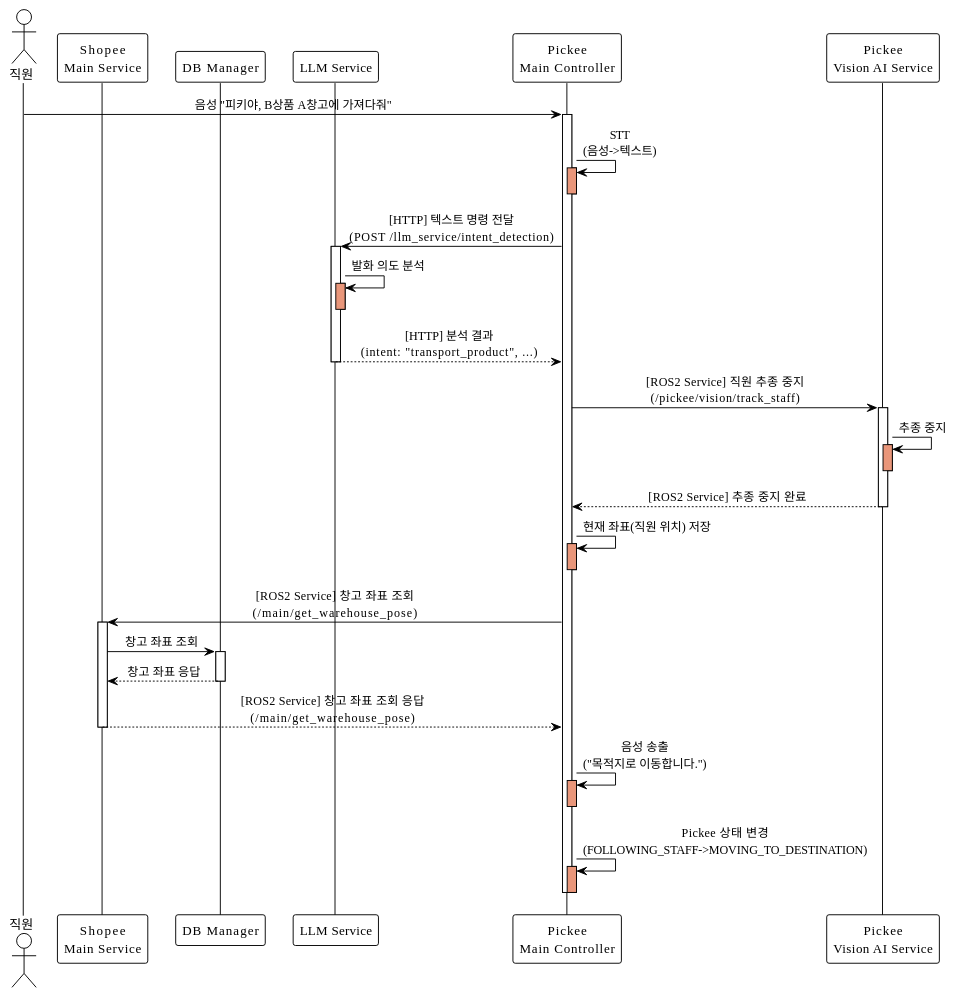
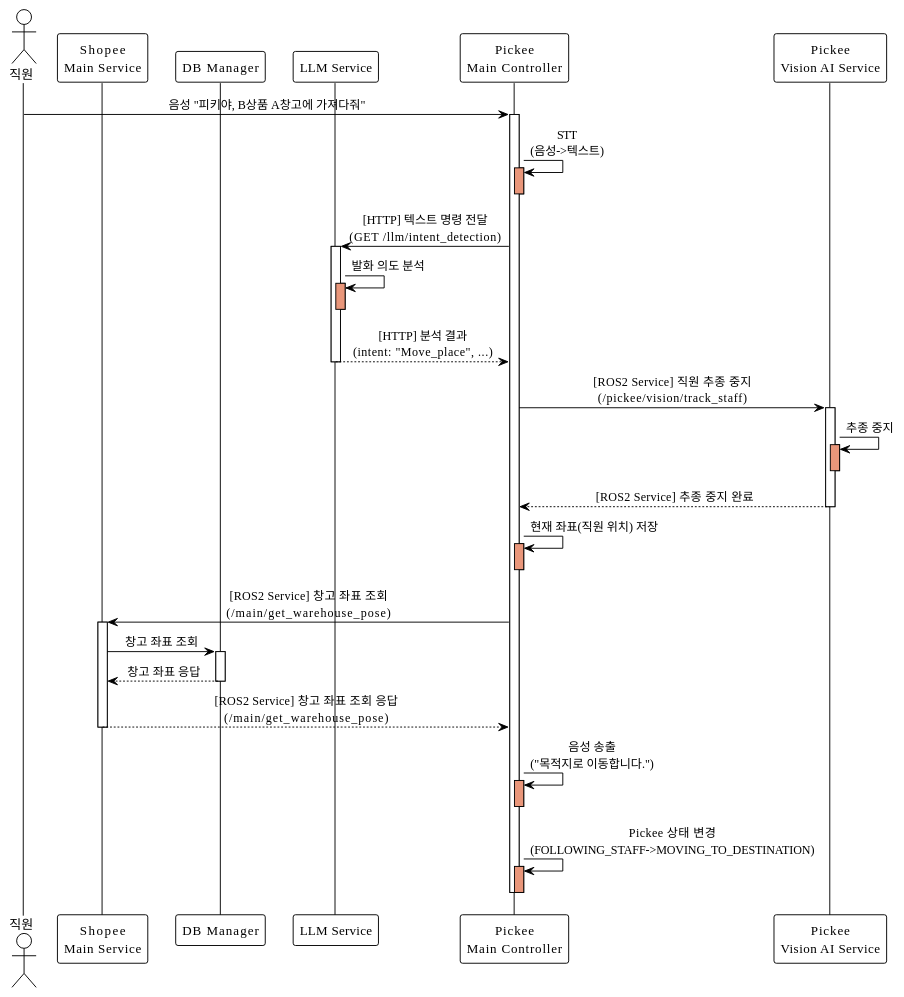
One commit to addinedu-roscamp-7th/roscamp-repo-1 changed the diagram in docs/SequenceDiagram/SC_06_3.md. Above: the diagram before and after it, drawn with PlantUML. The commit also changed 11 other files, not shown here.

Commit message:
[Docs/Shopee Main Service] LLM 관련 인터페이스 수정

```diff
--- a/docs/SequenceDiagram/SC_06_3.md
+++ b/docs/SequenceDiagram/SC_06_3.md
@@ -1,67 +1,67 @@
 @startuml SC_06_3
 !theme plain
 skinparam backgroundColor #FFFFFF
 skinparam sequenceMessageAlign center
 
 actor "직원" as user
 participant "Shopee\nMain Service" as main
 participant "DB Manager" as db
 participant "LLM Service" as llm
 participant "Pickee\nMain Controller" as pickee_main
 participant "Pickee\nVision AI Service" as vision
 
 user -> pickee_main: 음성 "피키야, B상품 A창고에 가져다줘"
 activate pickee_main
 
 pickee_main -> pickee_main: STT\n(음성->텍스트)
 activate pickee_main #DarkSalmon
 deactivate pickee_main
 
-pickee_main -> llm: [HTTP] 텍스트 명령 전달\n(POST /llm_service/intent_detection)
+pickee_main -> llm: [HTTP] 텍스트 명령 전달\n(GET /llm/intent_detection)
 activate llm
 
 llm -> llm: 발화 의도 분석
 activate llm #DarkSalmon
 deactivate llm
 
-llm --> pickee_main: [HTTP] 분석 결과\n(intent: "transport_product", ...)
+llm --> pickee_main: [HTTP] 분석 결과\n(intent: "Move_place", ...)
 deactivate llm
 
 pickee_main -> vision: [ROS2 Service] 직원 추종 중지\n(/pickee/vision/track_staff)
 activate vision
 
 vision -> vision: 추종 중지
 activate vision #DarkSalmon
 deactivate vision
 
 vision --> pickee_main: [ROS2 Service] 추종 중지 완료
 deactivate vision
 
 pickee_main -> pickee_main: 현재 좌표(직원 위치) 저장
 activate pickee_main #DarkSalmon
 deactivate pickee_main
 
 ' This section is updated based on the new XML
 pickee_main -> main: [ROS2 Service] 창고 좌표 조회\n(/main/get_warehouse_pose)
 activate main
 
 main -> db: 창고 좌표 조회
 activate db
 
 db --> main: 창고 좌표 응답
 deactivate db
 
 main --> pickee_main: [ROS2 Service] 창고 좌표 조회 응답\n(/main/get_warehouse_pose)
 deactivate main
 
 pickee_main -> pickee_main: 음성 송출\n("목적지로 이동합니다.")
 activate pickee_main #DarkSalmon
 deactivate pickee_main
 
 pickee_main -> pickee_main: Pickee 상태 변경\n(FOLLOWING_STAFF->MOVING_TO_DESTINATION)
 activate pickee_main #DarkSalmon
 deactivate pickee_main
 
 deactivate pickee_main
 
 @enduml
```
